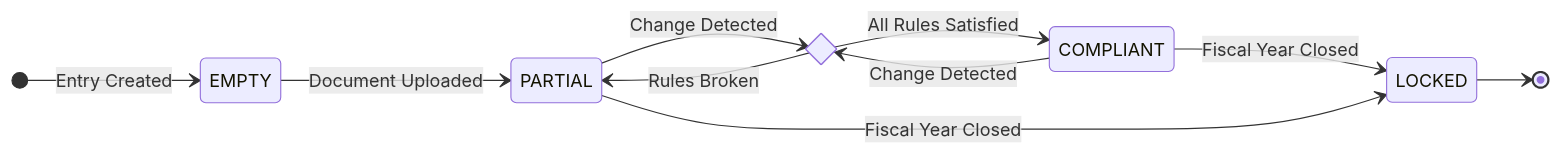
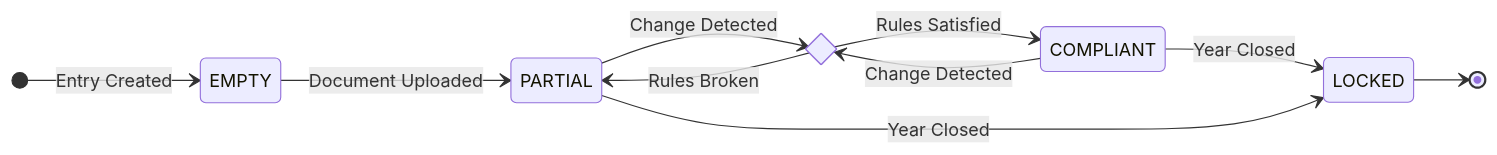
The diagram in TaxReport/src/main/java/StateDiagram.mmd (simopugliese/TaxReport), drawn with Mermaid before and after one commit. The commit also changed 3 other files, not shown here.

```diff
--- a/TaxReport/src/main/java/StateDiagram.mmd
+++ b/TaxReport/src/main/java/StateDiagram.mmd
@@ -1,19 +1,19 @@
 stateDiagram-v2
     direction LR
 
     [*] --> EMPTY : Entry Created
 
     EMPTY --> PARTIAL : Document Uploaded
 
     state ValidationGate <<choice>>
 
     PARTIAL --> ValidationGate : Change Detected
     COMPLIANT --> ValidationGate : Change Detected
 
-    ValidationGate --> COMPLIANT : All Rules Satisfied
+    ValidationGate --> COMPLIANT : Rules Satisfied
     ValidationGate --> PARTIAL : Rules Broken
 
-    COMPLIANT --> LOCKED : Fiscal Year Closed
-    PARTIAL --> LOCKED : Fiscal Year Closed
+    COMPLIANT --> LOCKED : Year Closed
+    PARTIAL --> LOCKED : Year Closed
 
     LOCKED --> [*]
```
